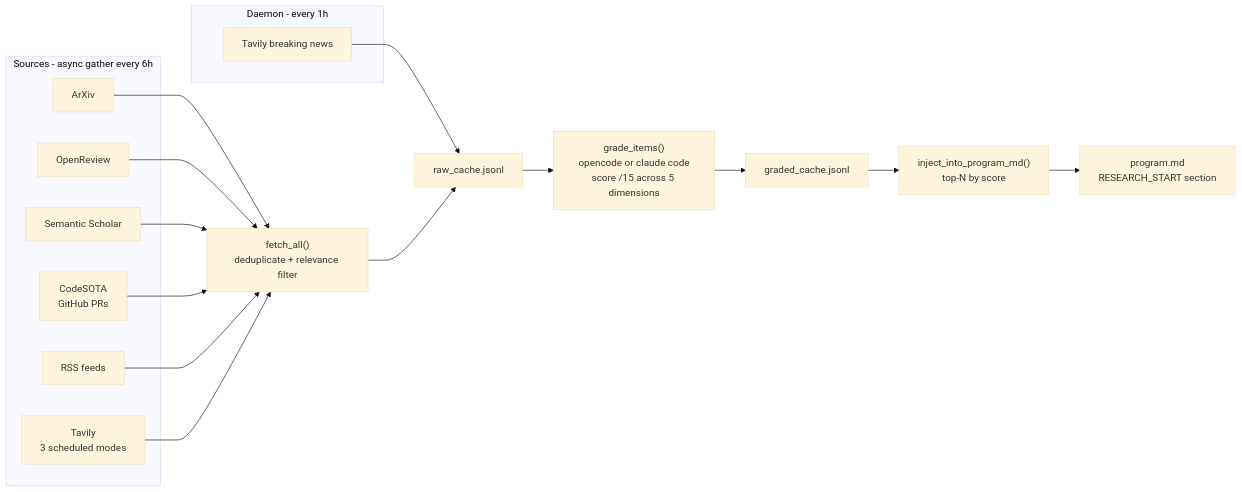
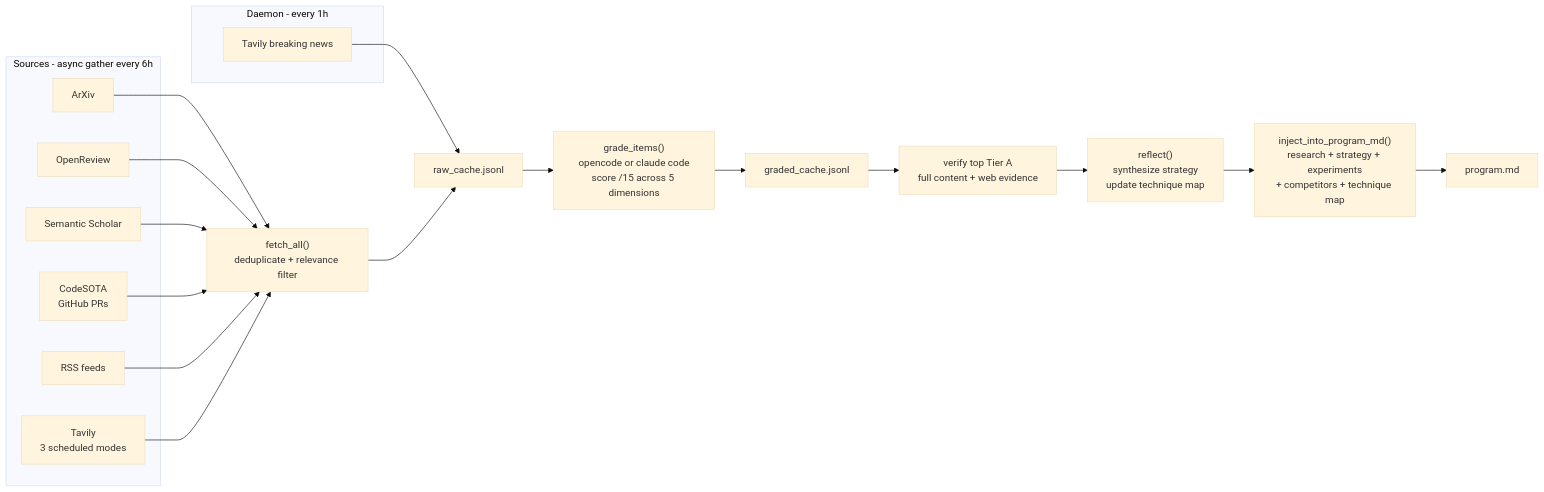
Before and after one commit to robinojw/parameter-golf-autoresearch: the second of 2 diagrams in README.md, drawn with Mermaid (base theme). The commit also changed other lines of this file and 18 other files, not shown here.

````diff
--- a/README.md
+++ b/README.md
@@ -59,23 +67,25 @@
 ```mermaid
 graph LR
     subgraph "Sources - async gather every 6h"
         A["ArXiv"]
         B["OpenReview"]
         C["Semantic Scholar"]
         D["CodeSOTA\nGitHub PRs"]
         E["RSS feeds"]
         F["Tavily\n3 scheduled modes"]
     end
 
     subgraph "Daemon - every 1h"
         G["Tavily breaking news"]
     end
 
     A & B & C & D & E & F --> FETCH["fetch_all()\ndeduplicate + relevance filter"]
     G --> CACHE
     FETCH --> CACHE["raw_cache.jsonl"]
     CACHE --> GRADE["grade_items()\nopencode or claude code\nscore /15 across 5 dimensions"]
     GRADE --> GCACHE["graded_cache.jsonl"]
-    GCACHE --> INJECT["inject_into_program_md()\ntop-N by score"]
-    INJECT --> PROG["program.md\nRESEARCH_START section"]
+    GCACHE --> VERIFY["verify top Tier A\nfull content + web evidence"]
+    VERIFY --> REFLECT["reflect()\nsynthesize strategy\nupdate technique map"]
+    REFLECT --> INJECT["inject_into_program_md()\nresearch + strategy + experiments\n+ competitors + technique map"]
+    INJECT --> PROG["program.md"]
 ```
````
